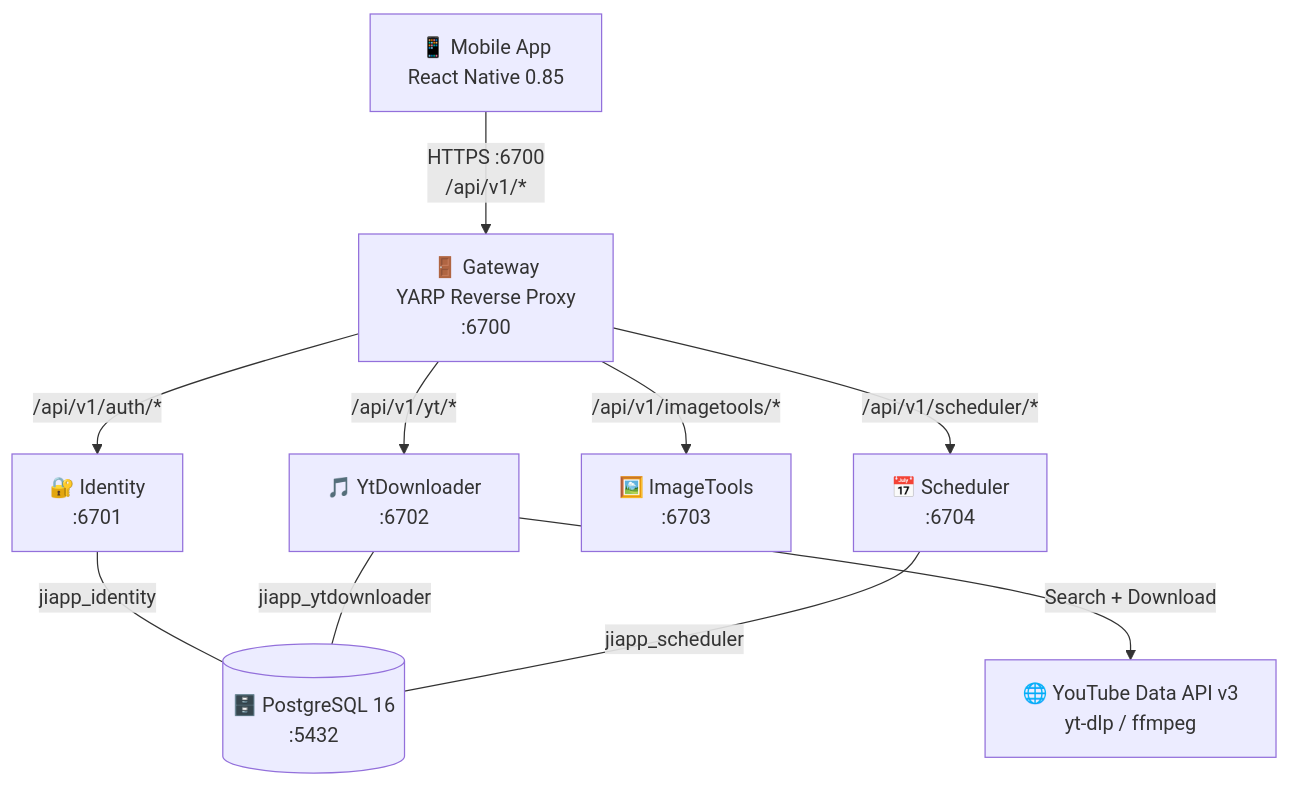
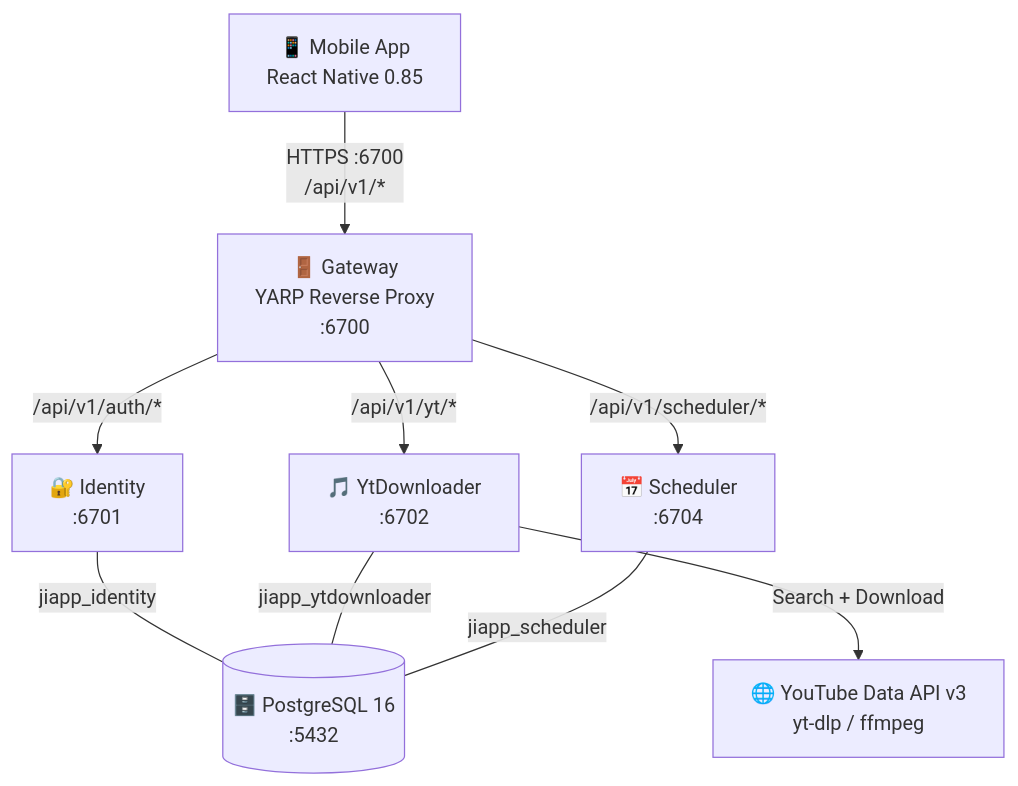
The diagram in README.md (JakubIwicki/JiApp), drawn with Mermaid before and after one commit. The commit also changed other lines of this file and 33 other files, not shown here.

First line of the commit message:
refactor: Wave 7 PR-F — G10.5 delete JiApp.ImageTools (dead service, full sweep)

````diff
--- a/README.md
+++ b/README.md
@@ -7,26 +7,24 @@
 ```mermaid
 graph TD
     Mobile["📱 Mobile App<br/>React Native 0.85"]
     YouTube["🌐 YouTube Data API v3<br/>yt-dlp / ffmpeg"]
 
     PG[("🗄️ PostgreSQL 16<br/>:5432")]
     GW["🚪 Gateway<br/>YARP Reverse Proxy<br/>:6700"]
 
     ID["🔐 Identity<br/>:6701"]
     YT["🎵 YtDownloader<br/>:6702"]
-    IMG["🖼️ ImageTools<br/>:6703"]
     SCH["📅 Scheduler<br/>:6704"]
 
     Mobile -->|"HTTPS :6700<br/>/api/v1/*"| GW
 
     GW -->|"/api/v1/auth/*"| ID
     GW -->|"/api/v1/yt/*"| YT
-    GW -->|"/api/v1/imagetools/*"| IMG
     GW -->|"/api/v1/scheduler/*"| SCH
 
     ID ---|"jiapp_identity"| PG
     YT ---|"jiapp_ytdownloader"| PG
     SCH ---|"jiapp_scheduler"| PG
 
     YT -->|"Search + Download"| YouTube
 ```
````
